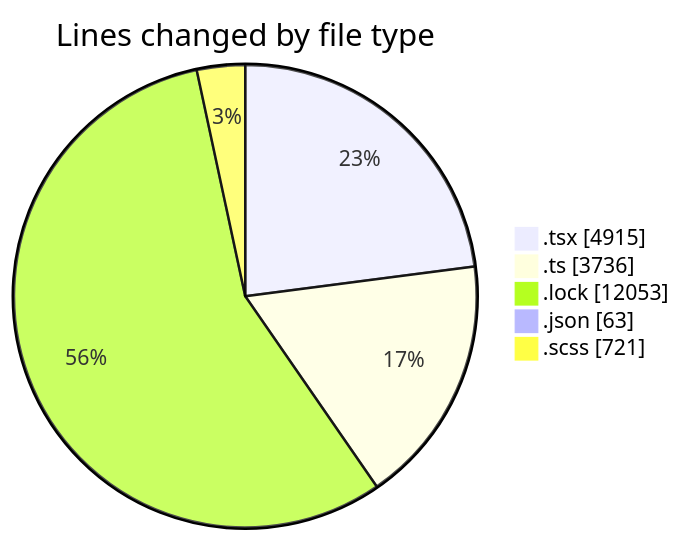
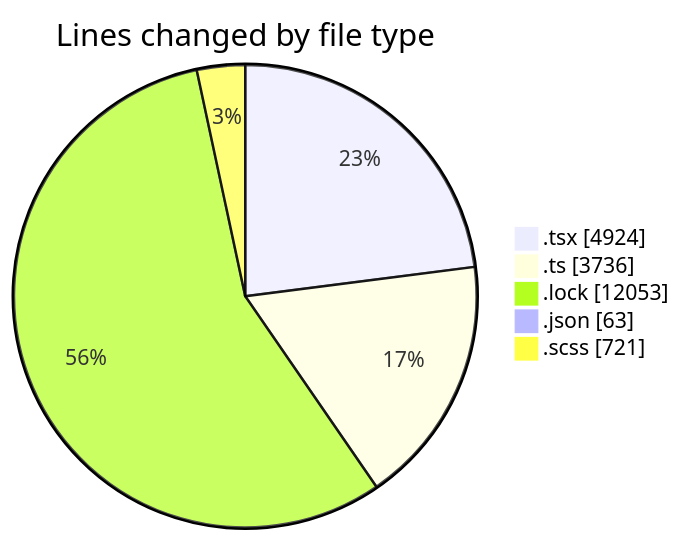
Before and after one commit to momahboobian/code-tracking: the first of 2 diagrams in 2025-12-03/cda/README.md, drawn with Mermaid. The commit also changed other lines of this file and 1 other file, not shown here.

````diff
--- a/2025-12-03/cda/README.md
+++ b/2025-12-03/cda/README.md
@@ -32,9 +32,9 @@
 ```mermaid
 pie showData
 title Lines changed by file type
-".tsx" : 4915
+".tsx" : 4924
 ".ts" : 3736
 ".lock" : 12053
 ".json" : 63
 ".scss" : 721
 ```
````
